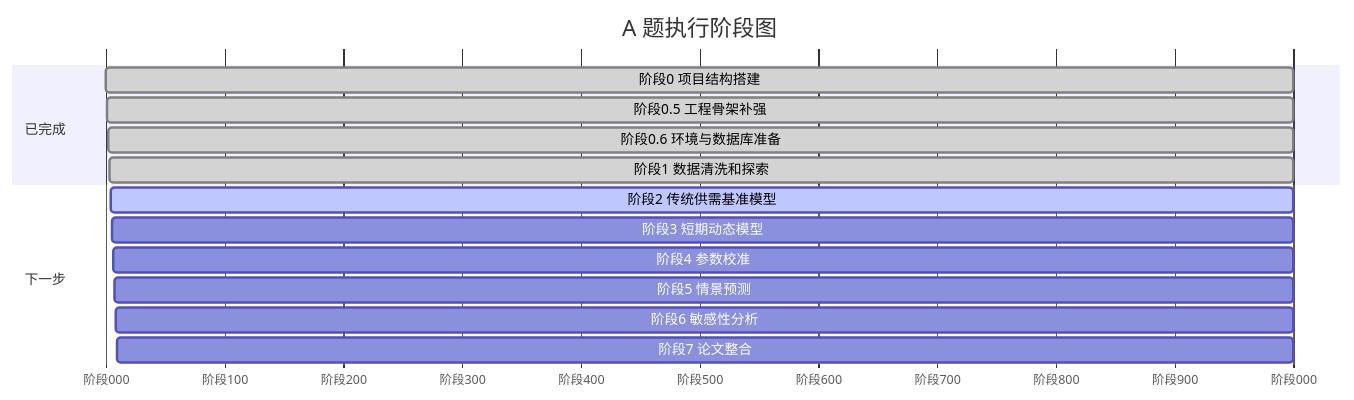
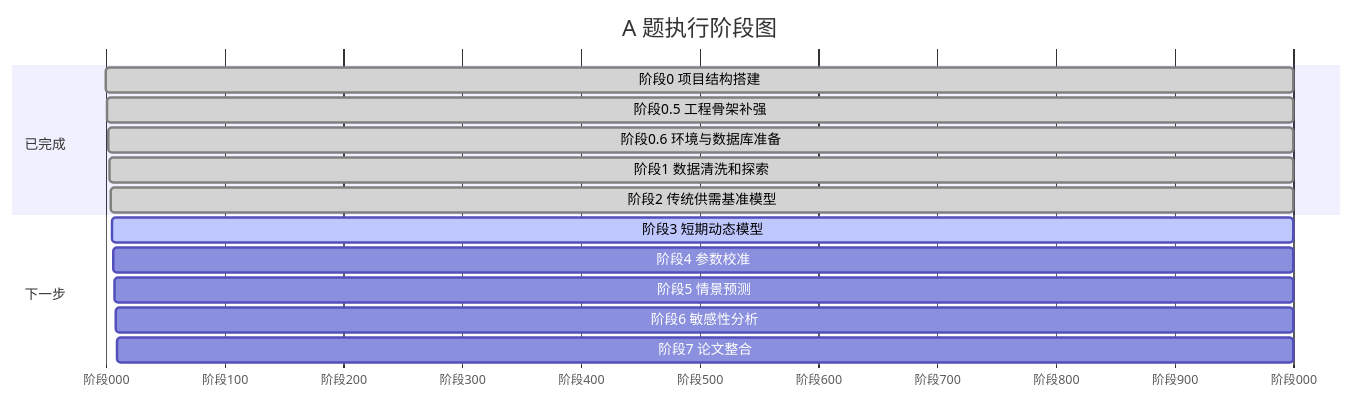
The diagram in docs/03_执行计划.md (Timcai06/-A-), drawn with Mermaid before and after one commit. The commit also changed other lines of this file and 10 other files, not shown here.

````diff
--- a/docs/03_执行计划.md
+++ b/docs/03_执行计划.md
@@ -7,18 +7,18 @@
 ```mermaid
 gantt
     title A 题执行阶段图
     dateFormat  X
     axisFormat  阶段%L
     section 已完成
     阶段0 项目结构搭建           :done, 0, 1
     阶段0.5 工程骨架补强         :done, 1, 1
     阶段0.6 环境与数据库准备     :done, 2, 1
     阶段1 数据清洗和探索         :done, 3, 1
+    阶段2 传统供需基准模型       :done, 4, 1
     section 下一步
-    阶段2 传统供需基准模型       :active, 4, 1
-    阶段3 短期动态模型           :5, 1
+    阶段3 短期动态模型           :active, 5, 1
     阶段4 参数校准               :6, 1
     阶段5 情景预测               :7, 1
     阶段6 敏感性分析             :8, 1
     阶段7 论文整合               :9, 1
 ```
````
